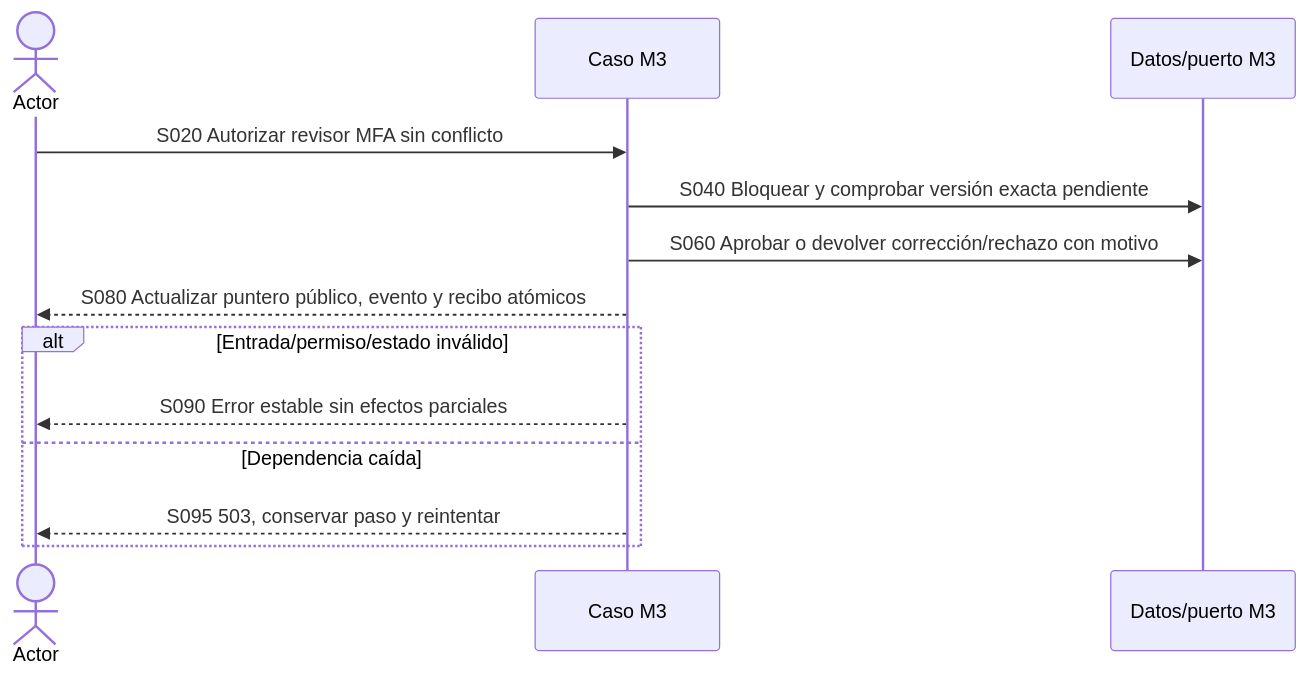
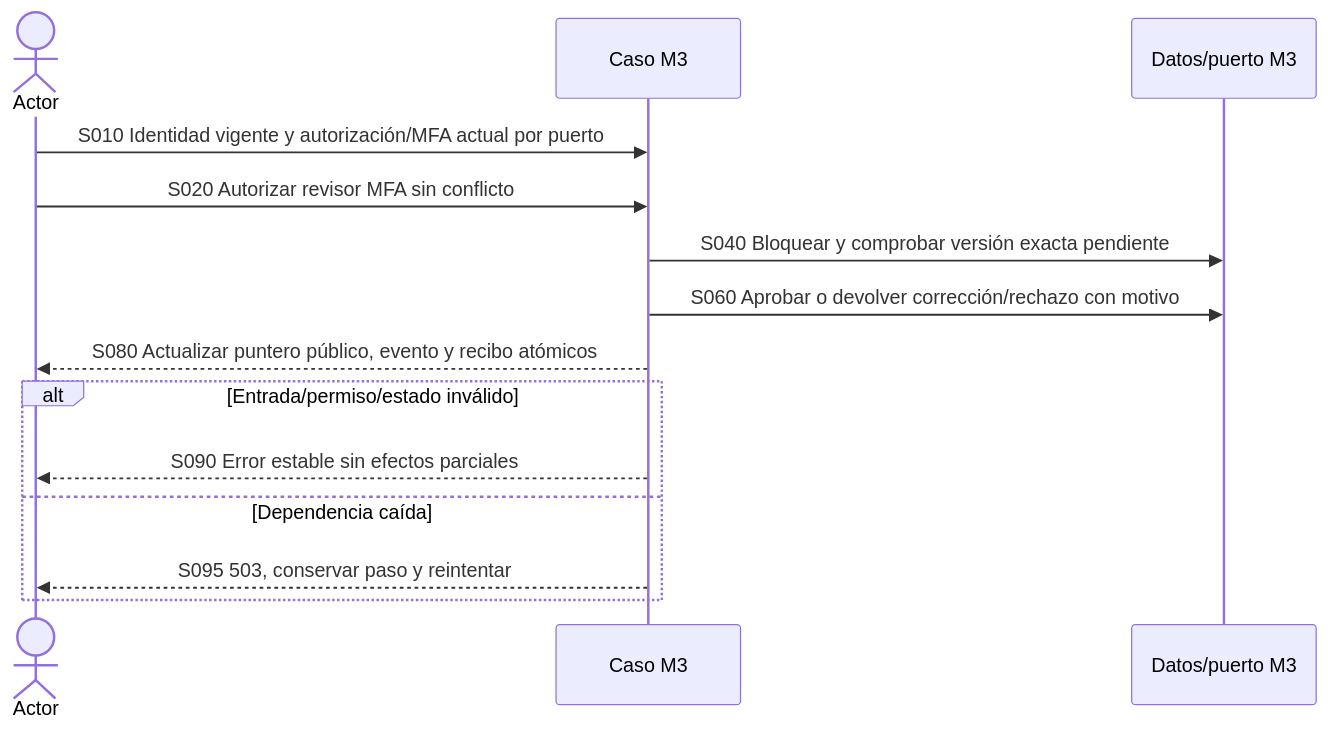
Before and after one commit to AndresRaRi/marleva: the diagram in marleva-local/repositorio/docs/diagramas/secuencia/M3/MAR-M3-SEQ-006.mmd, drawn with Mermaid. The commit also changed 58 other files, not shown here.

```diff
--- a/marleva-local/repositorio/docs/diagramas/secuencia/M3/MAR-M3-SEQ-006.mmd
+++ b/marleva-local/repositorio/docs/diagramas/secuencia/M3/MAR-M3-SEQ-006.mmd
@@ -1,14 +1,15 @@
 %% MAR-M3-SEQ-006; UC-006; diseño previo, no prueba de ejecución
 sequenceDiagram
  actor U as Actor
  participant A as Caso M3
  participant D as Datos/puerto M3
+ U->>A: S010 Identidad vigente y autorización/MFA actual por puerto
  U->>A: S020 Autorizar revisor MFA sin conflicto
  A->>D: S040 Bloquear y comprobar versión exacta pendiente
  A->>D: S060 Aprobar o devolver corrección/rechazo con motivo
  A-->>U: S080 Actualizar puntero público, evento y recibo atómicos
  alt Entrada/permiso/estado inválido
  A-->>U: S090 Error estable sin efectos parciales
  else Dependencia caída
  A-->>U: S095 503, conservar paso y reintentar
  end
```
